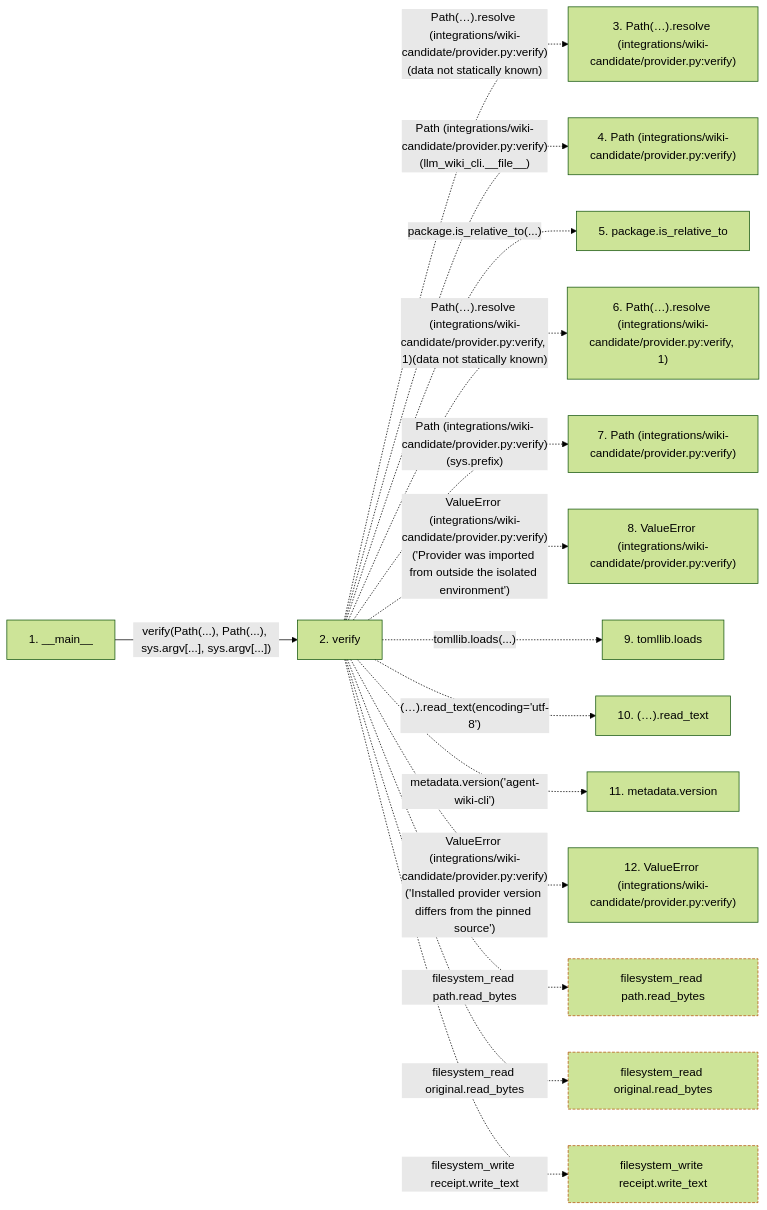
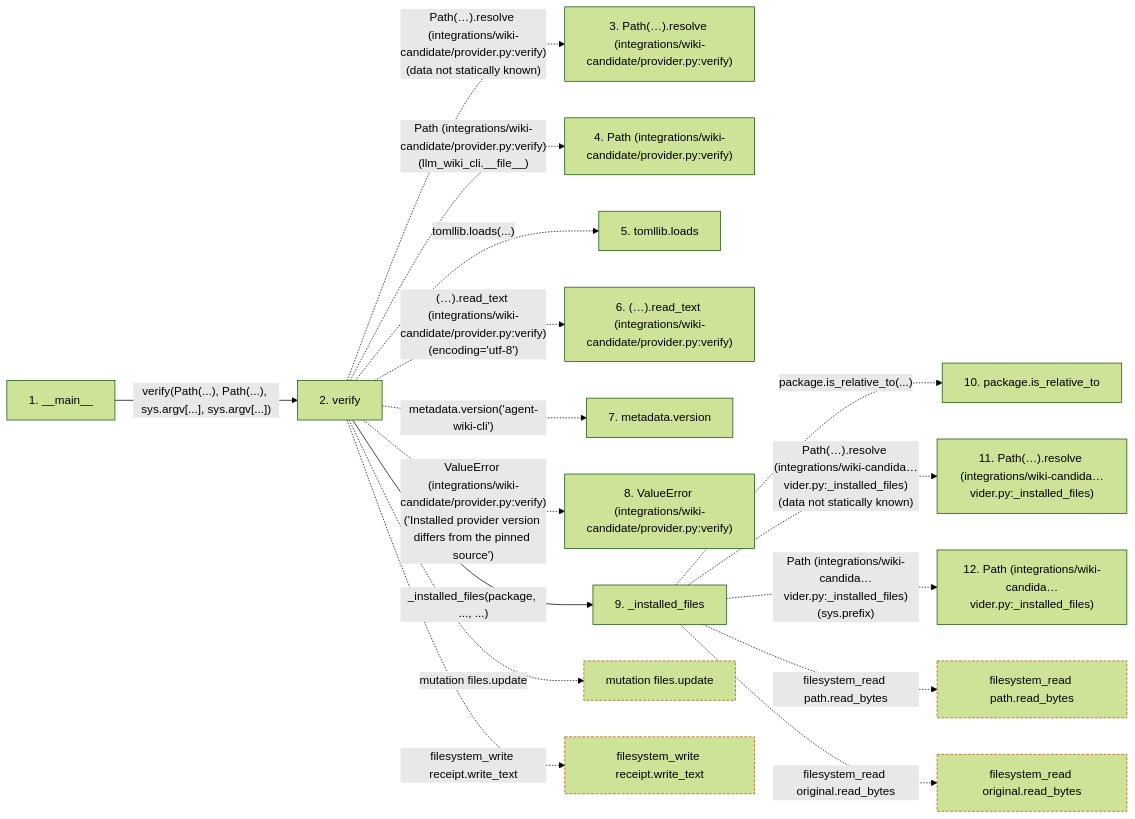
Before and after one commit to Denissvgn/python-wiki-llm: the second of 2 diagrams in docs/llm_wiki/flows/process-provider.md, drawn with Mermaid (forest theme). The commit also changed other lines of this file and 1103 other files, not shown here.

````diff
--- a/docs/llm_wiki/flows/process-provider.md
+++ b/docs/llm_wiki/flows/process-provider.md
@@ -119,38 +120,42 @@
 ```mermaid
 flowchart LR
     s1["1. __main__"]
     s2["2. verify"]
     s3["3. Path(…).resolve (integrations/wiki-candidate/provider.py:verify)"]
     s4["4. Path (integrations/wiki-candidate/provider.py:verify)"]
-    s5["5. package.is_relative_to"]
-    s6["6. Path(…).resolve (integrations/wiki-candidate/provider.py:verify, 1)"]
-    s7["7. Path (integrations/wiki-candidate/provider.py:verify)"]
+    s5["5. tomllib.loads"]
+    s6["6. (…).read_text (integrations/wiki-candidate/provider.py:verify)"]
+    s7["7. metadata.version"]
     s8["8. ValueError (integrations/wiki-candidate/provider.py:verify)"]
-    s9["9. tomllib.loads"]
-    s10["10. (…).read_text"]
-    s11["11. metadata.version"]
-    s12["12. ValueError (integrations/wiki-candidate/provider.py:verify)"]
+    s9["9. _installed_files"]
+    s10["10. package.is_relative_to"]
+    s11["11. Path(…).resolve (integrations/wiki-candida…vider.py:_installed_files)"]
+    s12["12. Path (integrations/wiki-candida…vider.py:_installed_files)"]
     s1 -->|"verify(Path(...), Path(...), sys.argv[...], sys.argv[...])"| s2
     s2 -. "Path(…).resolve (integrations/wiki-candidate/provider.py:verify)(data not statically known)" .-> s3
     s2 -. "Path (integrations/wiki-candidate/provider.py:verify)(llm_wiki_cli.__file__)" .-> s4
-    s2 -. "package.is_relative_to(...)" .-> s5
-    s2 -. "Path(…).resolve (integrations/wiki-candidate/provider.py:verify, 1)(data not statically known)" .-> s6
-    s2 -. "Path (integrations/wiki-candidate/provider.py:verify)(sys.prefix)" .-> s7
-    s2 -. "ValueError (integrations/wiki-candidate/provider.py:verify)('Provider was imported from outside the isolated environment')" .-> s8
-    s2 -. "tomllib.loads(...)" .-> s9
-    s2 -. "(…).read_text(encoding='utf-8')" .-> s10
-    s2 -. "metadata.version('agent-wiki-cli')" .-> s11
-    s2 -. "ValueError (integrations/wiki-candidate/provider.py:verify)('Installed provider version differs from the pinned source')" .-> s12
-    b0["filesystem_read path.read_bytes"]
-    s2 -. "filesystem_read path.read_bytes" .-> b0
-    b1["filesystem_read original.read_bytes"]
-    s2 -. "filesystem_read original.read_bytes" .-> b1
-    b2["filesystem_write receipt.write_text"]
-    s2 -. "filesystem_write receipt.write_text" .-> b2
+    s2 -. "tomllib.loads(...)" .-> s5
+    s2 -. "(…).read_text (integrations/wiki-candidate/provider.py:verify)(encoding='utf-8')" .-> s6
+    s2 -. "metadata.version('agent-wiki-cli')" .-> s7
+    s2 -. "ValueError (integrations/wiki-candidate/provider.py:verify)('Installed provider version differs from the pinned source')" .-> s8
+    s2 -->|"_installed_files(package, ..., ...)"| s9
+    s9 -. "package.is_relative_to(...)" .-> s10
+    s9 -. "Path(…).resolve (integrations/wiki-candida…vider.py:_installed_files)(data not statically known)" .-> s11
+    s9 -. "Path (integrations/wiki-candida…vider.py:_installed_files)(sys.prefix)" .-> s12
+    b0["mutation files.update"]
+    s2 -. "mutation files.update" .-> b0
+    b1["filesystem_write receipt.write_text"]
+    s2 -. "filesystem_write receipt.write_text" .-> b1
+    b2["filesystem_read path.read_bytes"]
+    s9 -. "filesystem_read path.read_bytes" .-> b2
+    b3["filesystem_read original.read_bytes"]
+    s9 -. "filesystem_read original.read_bytes" .-> b3
     click s1 "../modules/provider.md"
     click s2 "../modules/provider.md"
+    click s9 "../modules/provider.md"
     classDef boundary stroke:#b45309,stroke-dasharray: 4 2
     class b0 boundary
     class b1 boundary
     class b2 boundary
+    class b3 boundary
 ```
````
